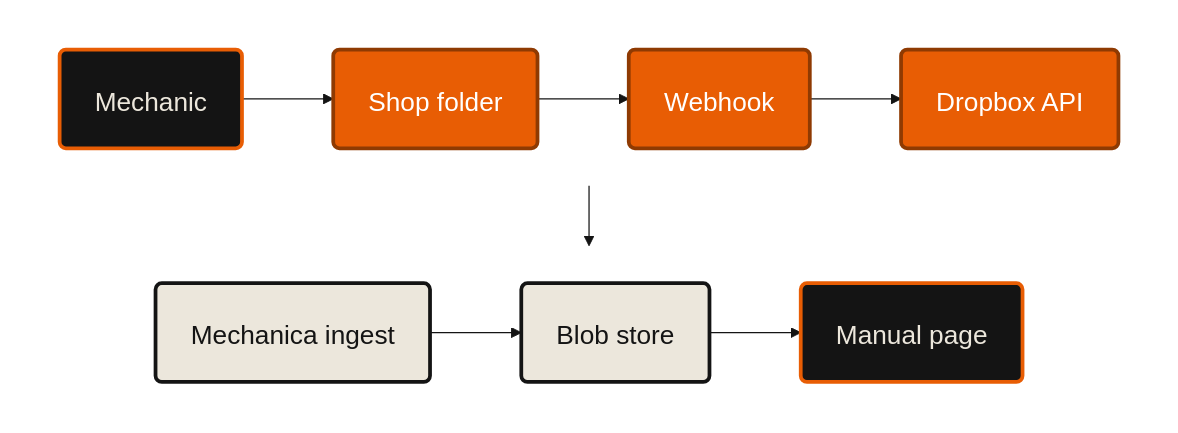
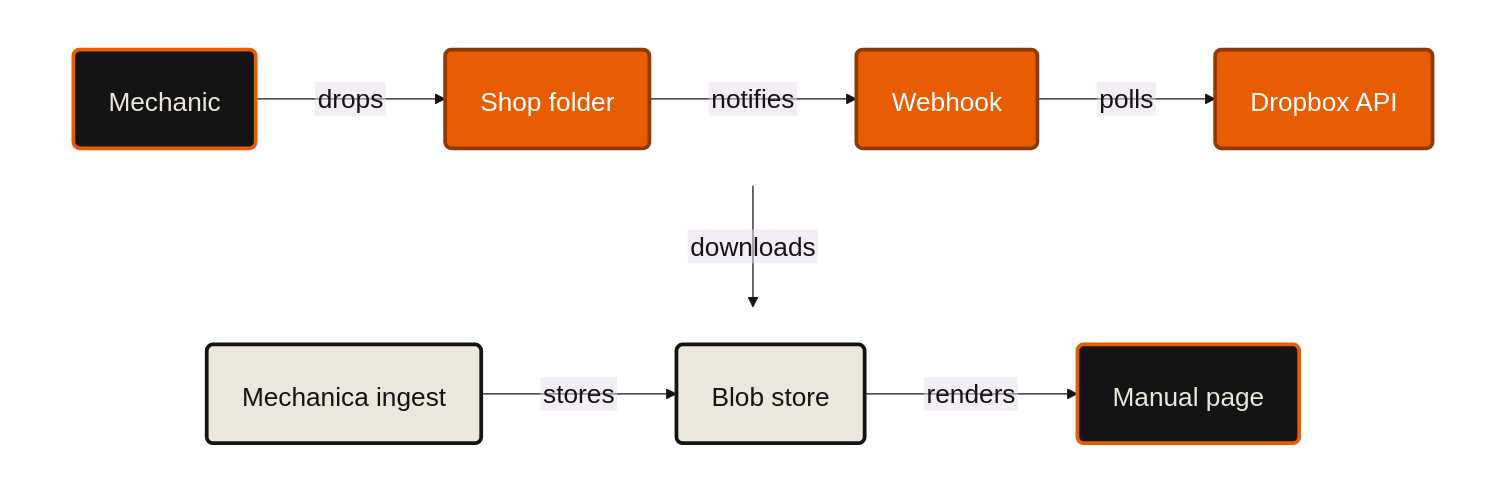
Before and after one commit to lxorb/mechanica: the diagram in docs/pitches/dropbox.md, drawn with Mermaid. The commit also changed other lines of this file and 140 other files, not shown here.

````diff
--- a/docs/pitches/dropbox.md
+++ b/docs/pitches/dropbox.md
@@ -136,20 +136,20 @@
 ```mermaid
-%%{init: {"theme":"base","htmlLabels":false,"themeVariables":{"fontSize":"21px","fontFamily":"Barlow","lineColor":"#141414","primaryColor":"#ece7dc","primaryTextColor":"#141414","primaryBorderColor":"#141414","background":"#ffffff"},"flowchart":{"curve":"linear","htmlLabels":false,"nodeSpacing":40,"rankSpacing":48,"padding":28,"useMaxWidth":false}}}%%
+%%{init: {"theme":"base","htmlLabels":false,"themeVariables":{"fontSize":"21px","fontFamily":"Barlow","lineColor":"#141414","primaryColor":"#ece7dc","primaryTextColor":"#141414","primaryBorderColor":"#141414","background":"#ffffff"},"flowchart":{"curve":"linear","htmlLabels":false,"nodeSpacing":40,"rankSpacing":70,"padding":28,"useMaxWidth":false}}}%%
 flowchart TB
   subgraph R1[" "]
     direction LR
-    MECH("Mechanic"):::ends --> FLD("Shop folder"):::them --> WH("Webhook"):::them --> API("Dropbox API"):::them
+    MECH("Mechanic"):::ends -- "drops" --> FLD("Shop folder"):::them -- "notifies" --> WH("Webhook"):::them -- "polls" --> API("Dropbox API"):::them
   end
   subgraph R2[" "]
     direction LR
-    ING("Mechanica ingest"):::ours --> BLOB("Blob store"):::ours --> PAGE("Manual page"):::ends
+    ING("Mechanica ingest"):::ours -- "stores" --> BLOB("Blob store"):::ours -- "renders" --> PAGE("Manual page"):::ends
   end
 
-  R1 --> R2
+  R1 -- "downloads" --> R2
 
   classDef ends fill:#141414,stroke:#e85d04,stroke-width:3px,color:#ece7dc
   classDef ours fill:#ece7dc,stroke:#141414,stroke-width:3px,color:#141414
   classDef them fill:#e85d04,stroke:#8f3a02,stroke-width:3px,color:#ffffff
   style R1 fill:none,stroke:none
   style R2 fill:none,stroke:none
 ```
````
